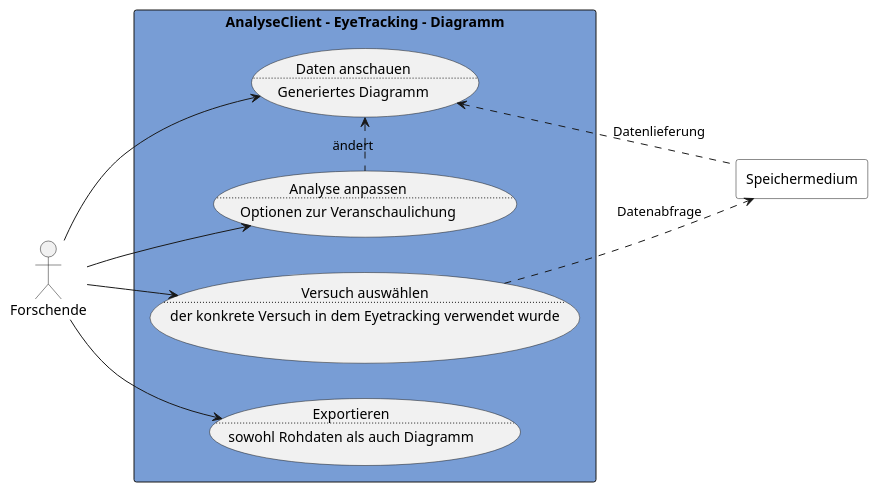
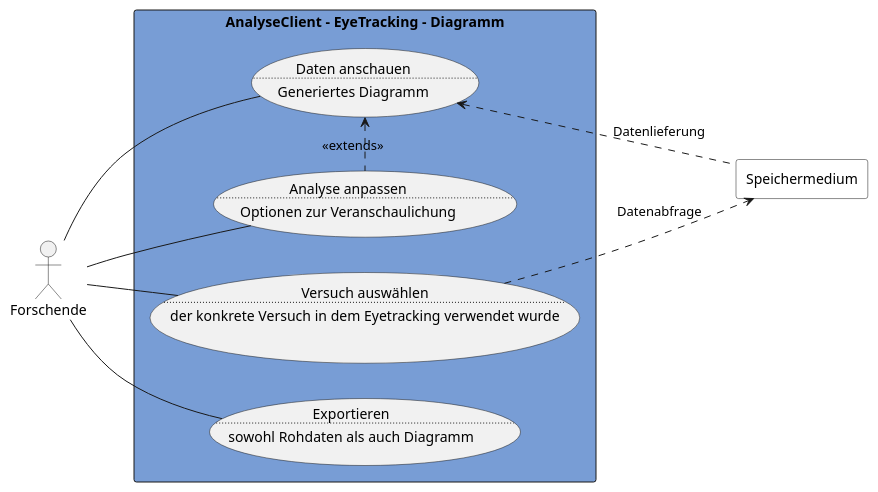
One commit to weichware10/meilensteine changed the diagram in meilenstein_05/usecase-analyse-eyetracking/usecase-analyse-eyetracking.puml. Above: the diagram before and after it, drawn with PlantUML.

Commit message:
formatierung

```diff
--- a/meilenstein_05/usecase-analyse-eyetracking/usecase-analyse-eyetracking.puml
+++ b/meilenstein_05/usecase-analyse-eyetracking/usecase-analyse-eyetracking.puml
@@ -1,41 +1,34 @@
 @startuml Analyse-Eyetracking
 left to right direction
 
 actor Forschende as f
 
 rectangle "AnalyseClient - EyeTracking - Diagramm" #789dd5 {
-    ' usecase aw as "Analysemethode wählen
-    ' ..
-    ' hier: ViewTimeDistr"
     usecase va as "Versuch auswählen
     ..
     der konkrete Versuch in dem Eyetracking verwendet wurde"
     usecase da as "Daten anschauen
     ..
     Generiertes Diagramm"
     usecase aa as "Analyse anpassen
     ..
     Optionen zur Veranschaulichung"
     usecase ex as "Exportieren
     ..
     sowohl Rohdaten als auch Diagramm"
+
+    da <.r. aa : <<extends>>
 }
 
 rectangle Speichermedium as s #FFFFFF
 
-' f --> aw
-f --> da
-f --> aa
-f --> ex
-f --> va
-
+f -- da
+f -- aa
+f -- ex
+f -- va
 
 ' intern
 va ..> s : Datenabfrage
 s .l.> da : Datenlieferung
 
-
-da <.r. aa : ändert
-
-
 @enduml
```
